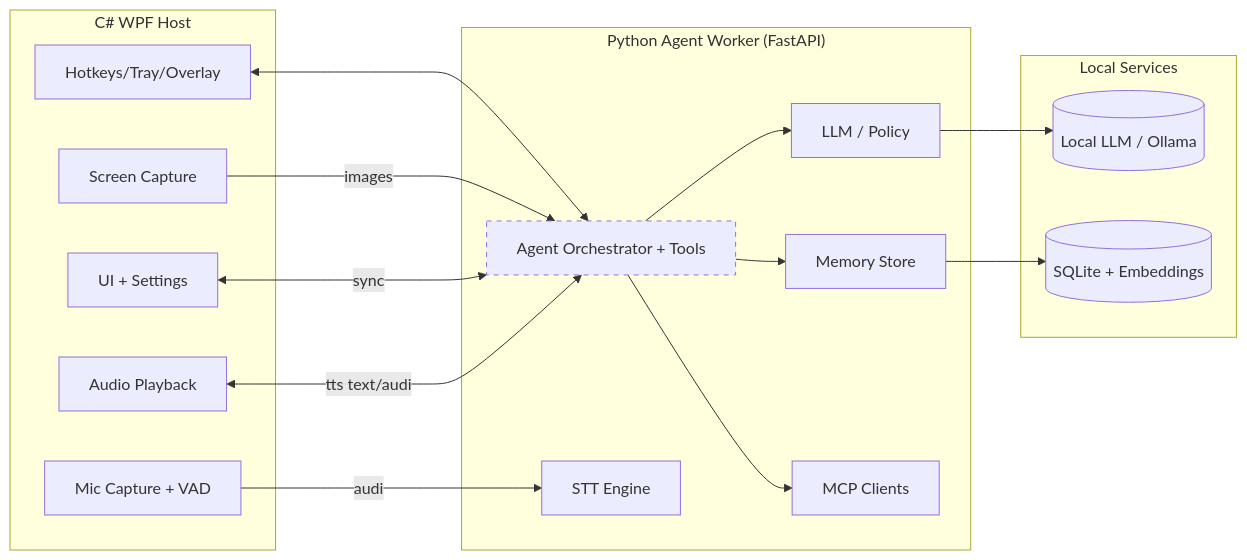
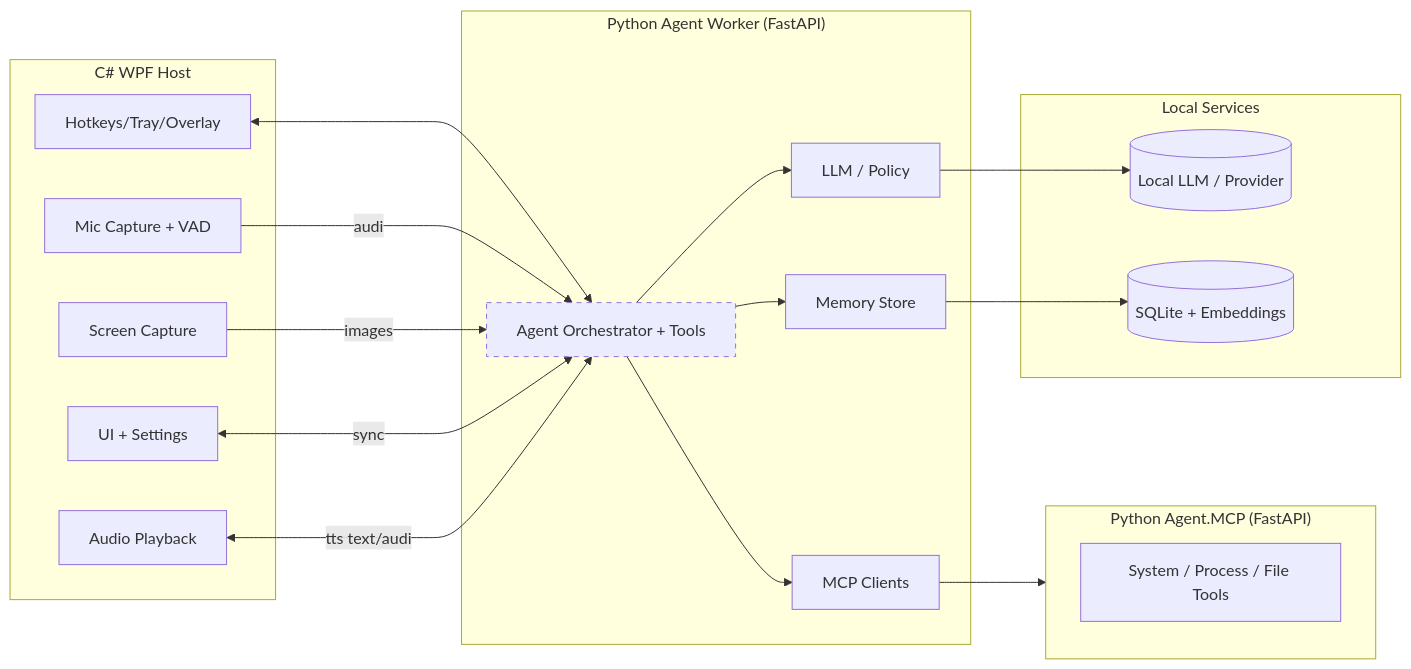
The first of 4 diagrams in ARCHITECTURE.md (a-zamfir/lisa), drawn with Mermaid before and after one commit. The commit also changed other lines of this file and 27 other files, not shown here.

````diff
--- a/ARCHITECTURE.md
+++ b/ARCHITECTURE.md
@@ -10,32 +10,34 @@
 ```mermaid
 flowchart LR
   subgraph Host["C# WPF Host"]
     HK[Hotkeys/Tray/Overlay]
     MIC[Mic Capture + VAD]
     SC[Screen Capture]
     UI[UI + Settings]
     PB[Audio Playback]
   end
   subgraph Agent["Python Agent Worker (FastAPI)"]
     ORCH[Agent Orchestrator + Tools]
-    STT[STT Engine]
     RESP[LLM / Policy]
     MEM[Memory Store]
-    MCP[MCP Clients]
+    MCPCLI[MCP Clients]
+  end
+  subgraph MCP["Python Agent.MCP (FastAPI)"]
+    TOOLING[System / Process / File Tools]
   end
   subgraph Infra["Local Services"]
-    LLM[(Local LLM / Ollama)]
+    LLM[(Local LLM / Provider)]
     DB[(SQLite + Embeddings)]
   end
 
   HK <---> ORCH:::ipc
-  MIC --audio--> STT
+  MIC --audio--> ORCH
   SC --images--> ORCH
   UI <--sync--> ORCH
   PB <--tts text/audio--> ORCH
   ORCH --> RESP --> LLM
-  ORCH --> MCP
+  ORCH --> MCPCLI --> MCP
   ORCH --> MEM --> DB
 
   classDef ipc stroke-dasharray: 5 5;
 ```
````
